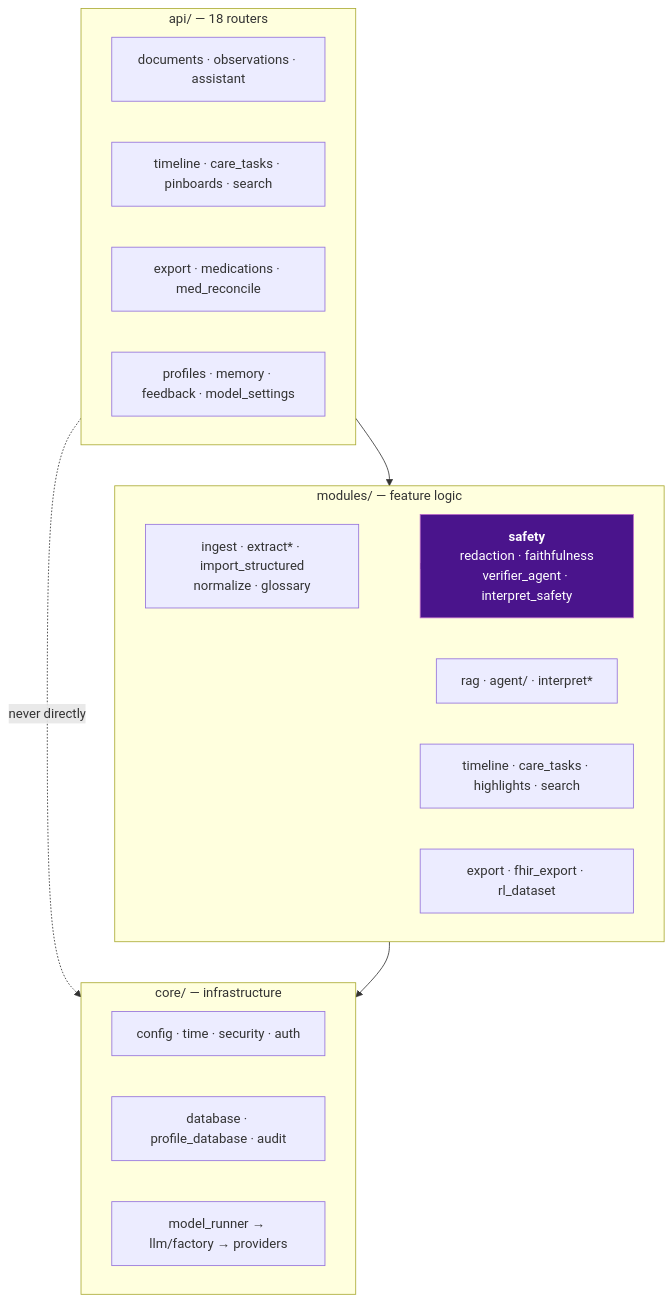
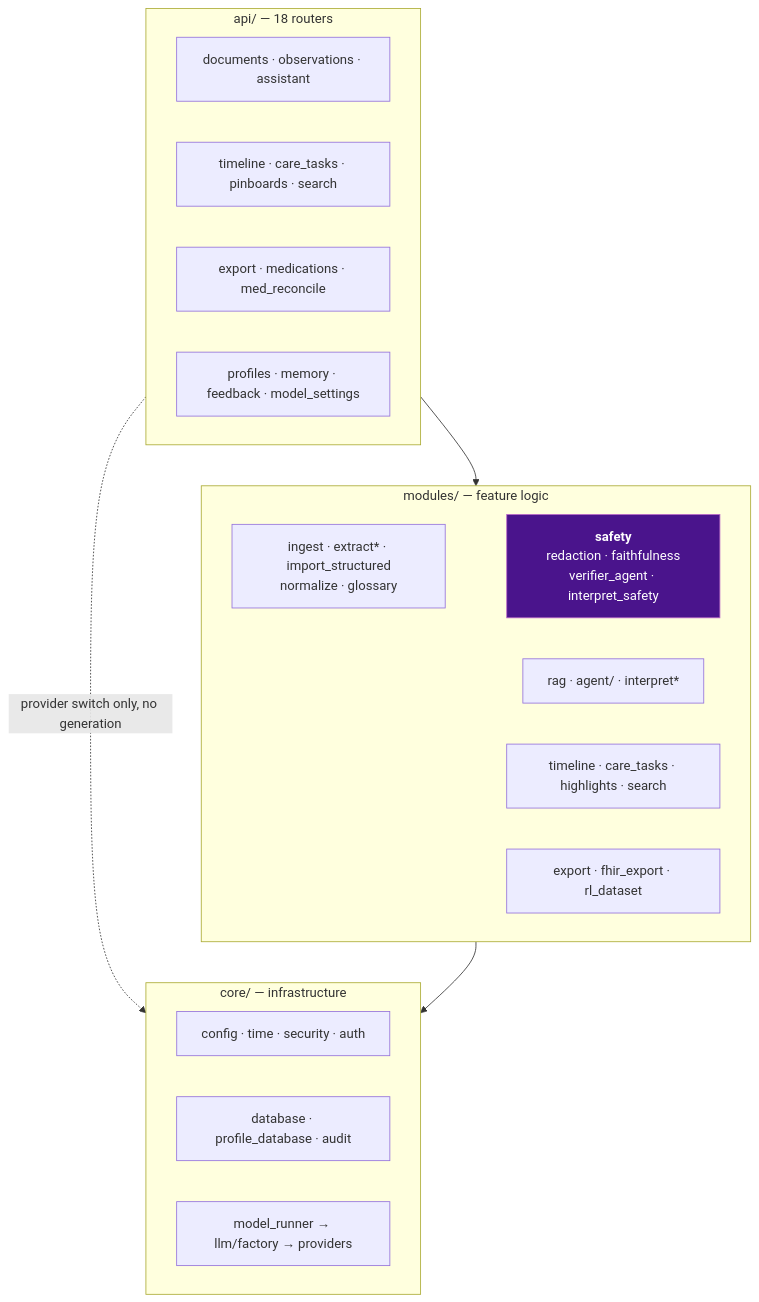
Before and after one commit to BrooklynD23/HealthCentral: the second of 4 diagrams in docs/architecture/backend.md, drawn with Mermaid. The commit also changed other lines of this file, not shown here.

Commit message:
docs(architecture): backend.md states the real layering and ModelRunner exceptions

````diff
--- a/docs/architecture/backend.md
+++ b/docs/architecture/backend.md
@@ -58,32 +58,32 @@
 ```mermaid
 flowchart TD
     subgraph api["api/ — 18 routers"]
         direction LR
         A1["documents · observations · assistant"]
         A2["timeline · care_tasks · pinboards · search"]
         A3["export · medications · med_reconcile"]
         A4["profiles · memory · feedback · model_settings"]
     end
 
     subgraph modules["modules/ — feature logic"]
         direction LR
         M1["ingest · extract* · import_structured<br/>normalize · glossary"]
         M2["rag · agent/ · interpret*"]
         M3["timeline · care_tasks · highlights · search"]
         M4["export · fhir_export · rl_dataset"]
         SAFE["<b>safety</b><br/>redaction · faithfulness<br/>verifier_agent · interpret_safety"]
     end
 
     subgraph core["core/ — infrastructure"]
         direction LR
         C1["config · time · security · auth"]
         C2["database · profile_database · audit"]
         C3["model_runner → llm/factory → providers"]
     end
 
     api --> modules --> core
     modules --> SAFE
-    api -.->|"never directly"| C3
+    api -.->|"provider switch only, no generation"| C3
 
     style SAFE fill:#4a148c,stroke:#ba68c8,color:#fff
 ```
````
